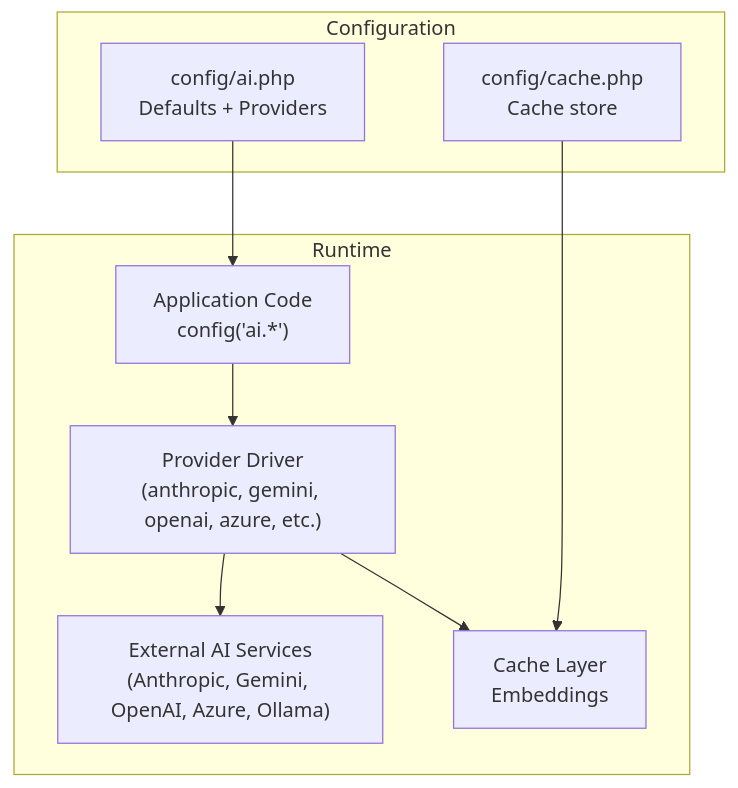
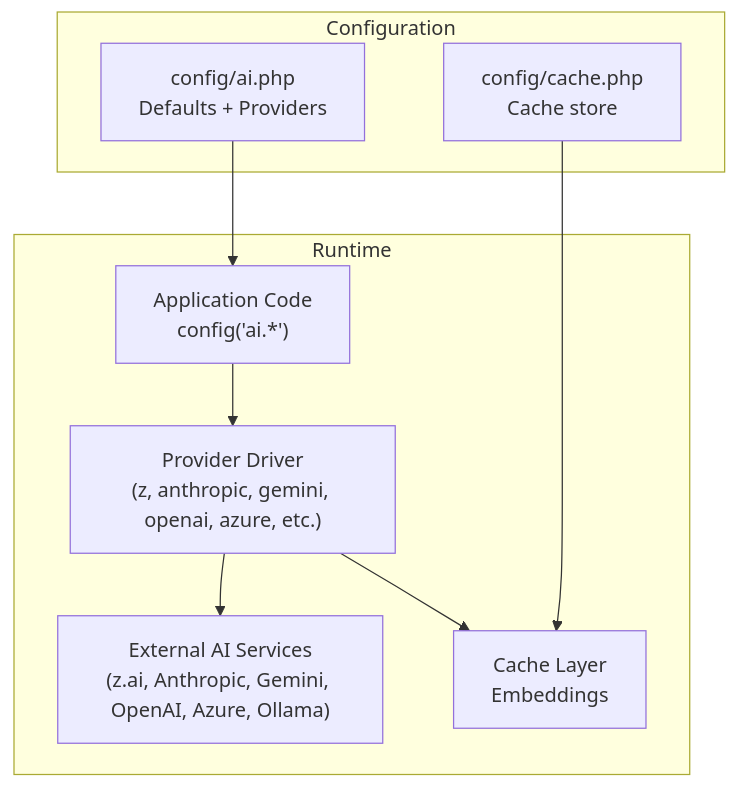
Before and after one commit to siimliimand/laravel-assistant: the second of 3 diagrams in .qoder/repowiki/en/content/AI Integration System/AI Configuration.md, drawn with Mermaid. The commit also changed other lines of this file and 5 other files, not shown here.

First line of the commit message:
feat(ai-config): introduce z driver abstraction layer for Anthropic API

````diff
--- a/.qoder/repowiki/en/content/AI Integration System/AI Configuration.md
+++ b/.qoder/repowiki/en/content/AI Integration System/AI Configuration.md
@@ -98,18 +114,18 @@
 ```mermaid
 graph TB
 subgraph "Configuration"
 A["config/ai.php<br/>Defaults + Providers"]
 B["config/cache.php<br/>Cache store"]
 end
 subgraph "Runtime"
 C["Application Code<br/>config('ai.*')"]
-D["Provider Driver<br/>(anthropic, gemini, openai, azure, etc.)"]
-E["External AI Services<br/>(Anthropic, Gemini, OpenAI, Azure, Ollama)"]
+D["Provider Driver<br/>(z, anthropic, gemini, openai, azure, etc.)"]
+E["External AI Services<br/>(z.ai, Anthropic, Gemini, OpenAI, Azure, Ollama)"]
 F["Cache Layer<br/>Embeddings"]
 end
 A --> C
 B --> F
 C --> D
 D --> E
 D --> F
 ```
````
